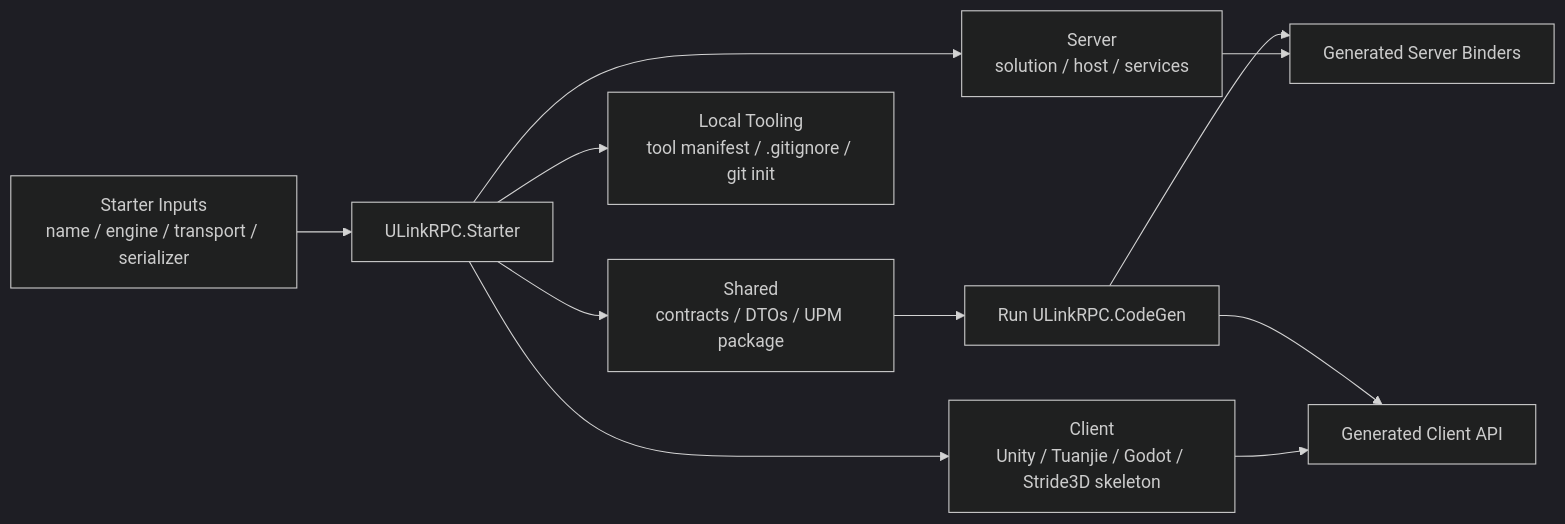
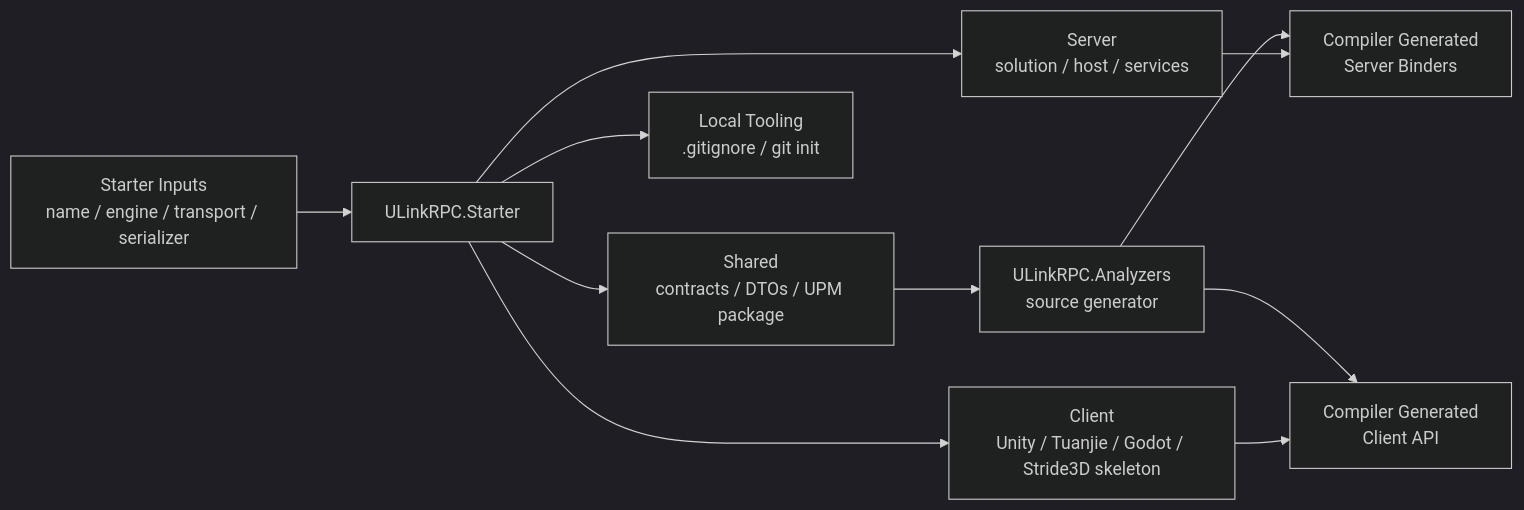
One commit to bruce48x/ULinkRPC changed the diagram in src/ULinkRPC.Starter/README.md. Above: the diagram before and after it, drawn with Mermaid (dark theme). The commit also changed other lines of this file and 23 other files, not shown here.

Commit message:
Switch starter codegen to source generator route

````diff
--- a/src/ULinkRPC.Starter/README.md
+++ b/src/ULinkRPC.Starter/README.md
@@ -98,14 +98,14 @@
 ```mermaid
 flowchart LR
     Input["Starter Inputs<br/>name / engine / transport / serializer"] --> Tool["ULinkRPC.Starter"]
     Tool --> Shared["Shared<br/>contracts / DTOs / UPM package"]
     Tool --> Server["Server<br/>solution / host / services"]
     Tool --> Client["Client<br/>Unity / Tuanjie / Godot / Stride3D skeleton"]
-    Tool --> Tooling["Local Tooling<br/>tool manifest / .gitignore / git init"]
+    Tool --> Tooling["Local Tooling<br/>.gitignore / git init"]
 
-    Shared --> CodeGen["Run ULinkRPC.CodeGen"]
-    CodeGen --> ServerGenerated["Generated Server Binders"]
-    CodeGen --> ClientGenerated["Generated Client API"]
+    Shared --> SourceGen["ULinkRPC.Analyzers<br/>source generator"]
+    SourceGen --> ServerGenerated["Compiler Generated<br/>Server Binders"]
+    SourceGen --> ClientGenerated["Compiler Generated<br/>Client API"]
     Server --> ServerGenerated
     Client --> ClientGenerated
 ```
````
